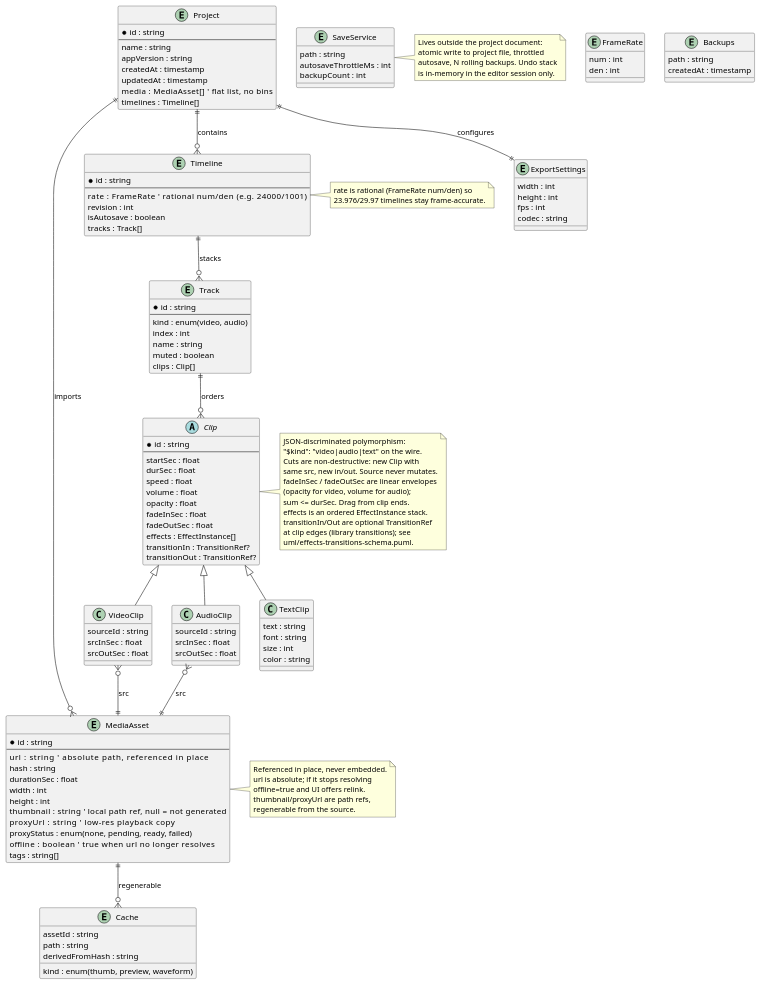
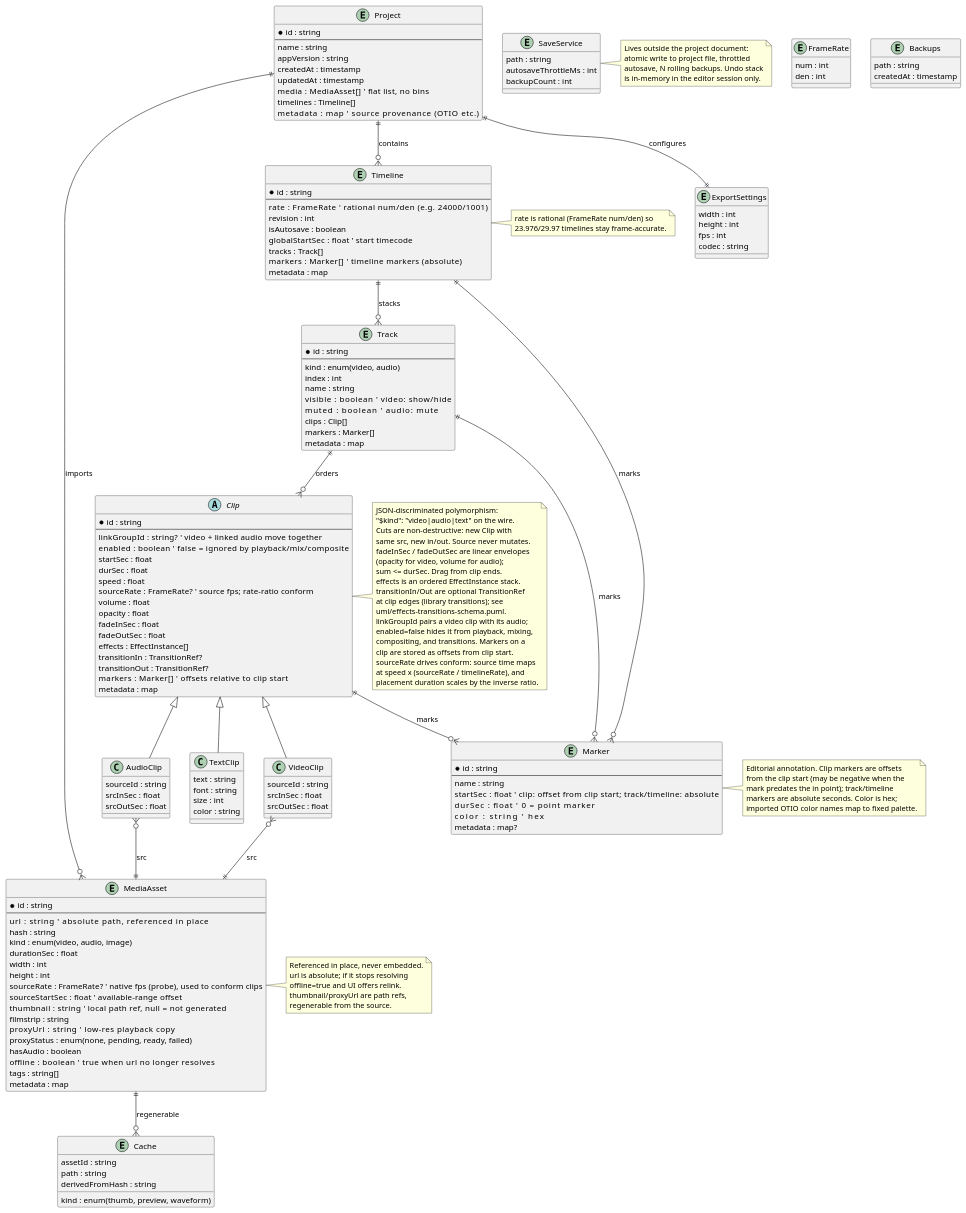
Before and after one commit to Skynse/Fig: the diagram in uml/nle-schema.puml, drawn with PlantUML. The commit also changed 37 other files, not shown here.

Commit message:
update UML spec

```diff
--- a/uml/nle-schema.puml
+++ b/uml/nle-schema.puml
@@ -11,6 +11,7 @@
   updatedAt : timestamp
   media : MediaAsset[]      ' flat list, no bins
   timelines : Timeline[]
+  metadata : map            ' source provenance (OTIO etc.)
 }
 
 entity MediaAsset {
@@ -18,14 +19,20 @@
   --
   url : string              ' absolute path, referenced in place
   hash : string
+  kind : enum(video, audio, image)
   durationSec : float
   width : int
   height : int
+  sourceRate : FrameRate?   ' native fps (probe), used to conform clips
+  sourceStartSec : float    ' available-range offset
   thumbnail : string        ' local path ref, null = not generated
+  filmstrip : string
   proxyUrl : string         ' low-res playback copy
   proxyStatus : enum(none, pending, ready, failed)
+  hasAudio : boolean
   offline : boolean         ' true when url no longer resolves
   tags : string[]
+  metadata : map
 }
 
 entity Timeline {
@@ -34,12 +41,25 @@
   rate : FrameRate          ' rational num/den (e.g. 24000/1001)
   revision : int
   isAutosave : boolean
+  globalStartSec : float    ' start timecode
   tracks : Track[]
+  markers : Marker[]        ' timeline markers (absolute)
+  metadata : map
 }
 
 entity FrameRate {
   num : int
   den : int
+}
+
+entity Marker {
+  * id : string
+  --
+  name : string
+  startSec : float          ' clip: offset from clip start; track/timeline: absolute
+  durSec : float            ' 0 = point marker
+  color : string            ' hex
+  metadata : map?
 }
 
 entity Track {
@@ -48,16 +68,22 @@
   kind : enum(video, audio)
   index : int
   name : string
-  muted : boolean
+  visible : boolean         ' video: show/hide
+  muted : boolean           ' audio: mute
   clips : Clip[]
+  markers : Marker[]
+  metadata : map
 }
 
 abstract class Clip {
   * id : string
   --
+  linkGroupId : string?     ' video + linked audio move together
+  enabled : boolean         ' false = ignored by playback/mix/composite
   startSec : float
   durSec : float
   speed : float
+  sourceRate : FrameRate?   ' source fps; rate-ratio conform
   volume : float
   opacity : float
   fadeInSec : float
@@ -65,6 +91,8 @@
   effects : EffectInstance[]
   transitionIn : TransitionRef?
   transitionOut : TransitionRef?
+  markers : Marker[]        ' offsets relative to clip start
+  metadata : map
 }
 
 class VideoClip {
@@ -120,7 +148,10 @@
 Project ||--o{ Timeline : "contains"
 Project ||--|| ExportSettings : "configures"
 Timeline ||--o{ Track : "stacks"
+Timeline ||--o{ Marker : "marks"
 Track ||--o{ Clip : "orders"
+Track ||--o{ Marker : "marks"
+Clip ||--o{ Marker : "marks"
 VideoClip }o--|| MediaAsset : "src"
 AudioClip }o--|| MediaAsset : "src"
 MediaAsset ||--o{ Cache : "regenerable"
@@ -145,6 +176,21 @@
   transitionIn/Out are optional TransitionRef
   at clip edges (library transitions); see
   uml/effects-transitions-schema.puml.
+  linkGroupId pairs a video clip with its audio;
+  enabled=false hides it from playback, mixing,
+  compositing, and transitions. Markers on a
+  clip are stored as offsets from clip start.
+  sourceRate drives conform: source time maps
+  at speed x (sourceRate / timelineRate), and
+  placement duration scales by the inverse ratio.
+end note
+
+note right of Marker
+  Editorial annotation. Clip markers are offsets
+  from the clip start (may be negative when the
+  mark predates the in point); track/timeline
+  markers are absolute seconds. Color is hex;
+  imported OTIO color names map to fixed palette.
 end note
 
 note right of Timeline
```
